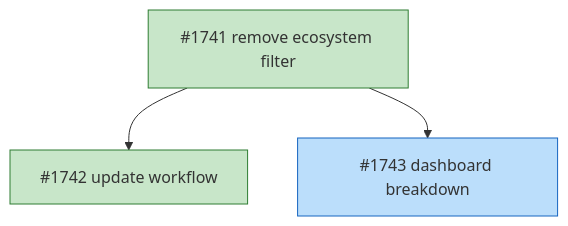
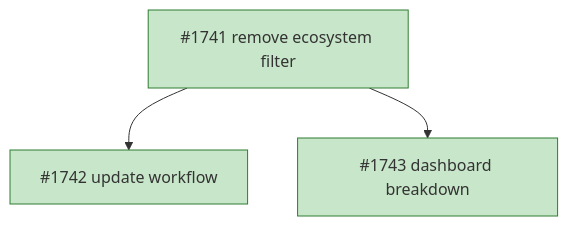
Before and after one commit to tsukumogami/tsuku: the diagram in docs/designs/DESIGN-unified-batch-pipeline.md, drawn with Mermaid. The commit also changed other lines of this file and 1 other file, not shown here.

Commit message:
chore(dashboard): update pipeline dashboard

````diff
--- a/docs/designs/DESIGN-unified-batch-pipeline.md
+++ b/docs/designs/DESIGN-unified-batch-pipeline.md
@@ -46,18 +46,18 @@
 ```mermaid
 graph TD
     I1741["#1741 remove ecosystem filter"]
     I1742["#1742 update workflow"]
     I1743["#1743 dashboard breakdown"]
 
     I1741 --> I1742
     I1741 --> I1743
 
     classDef done fill:#c8e6c9,stroke:#2e7d32
     classDef ready fill:#bbdefb,stroke:#1565c0
     classDef blocked fill:#fff9c4,stroke:#f9a825
     classDef needsDesign fill:#e1bee7,stroke:#7b1fa2
 
     class I1741 done
     class I1742 done
-    class I1743 ready
+    class I1743 done
 ```
````
